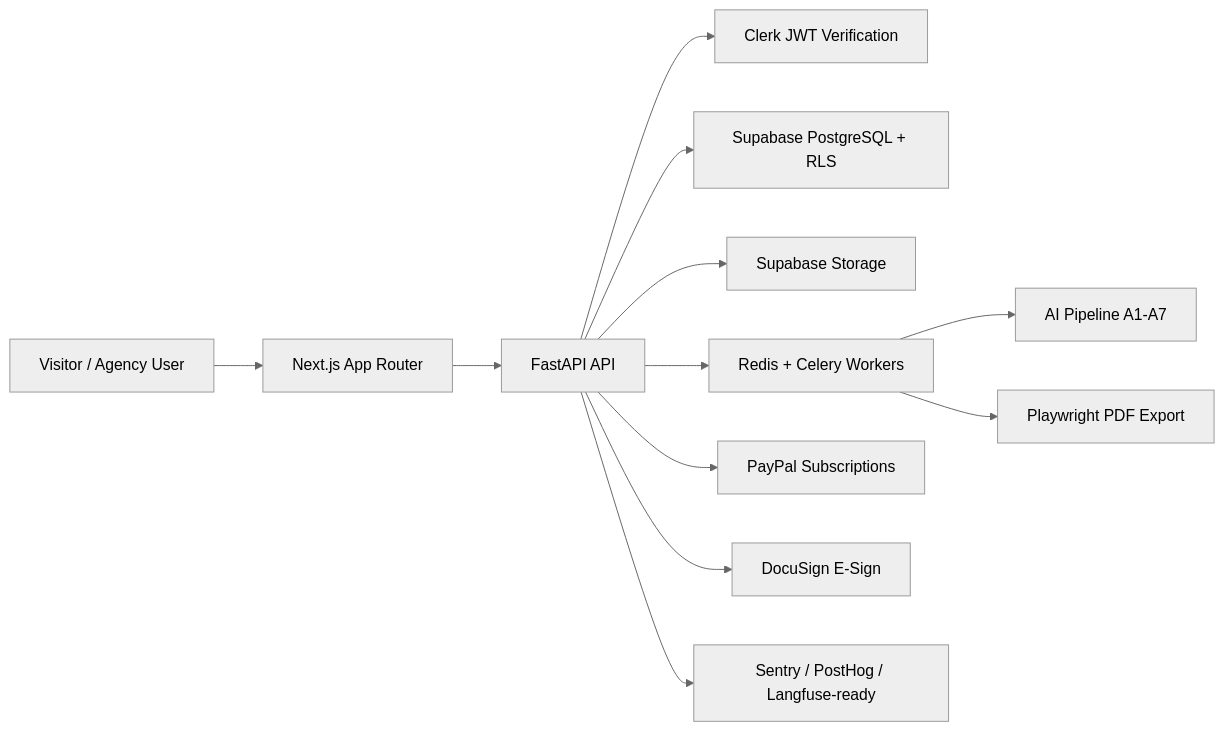
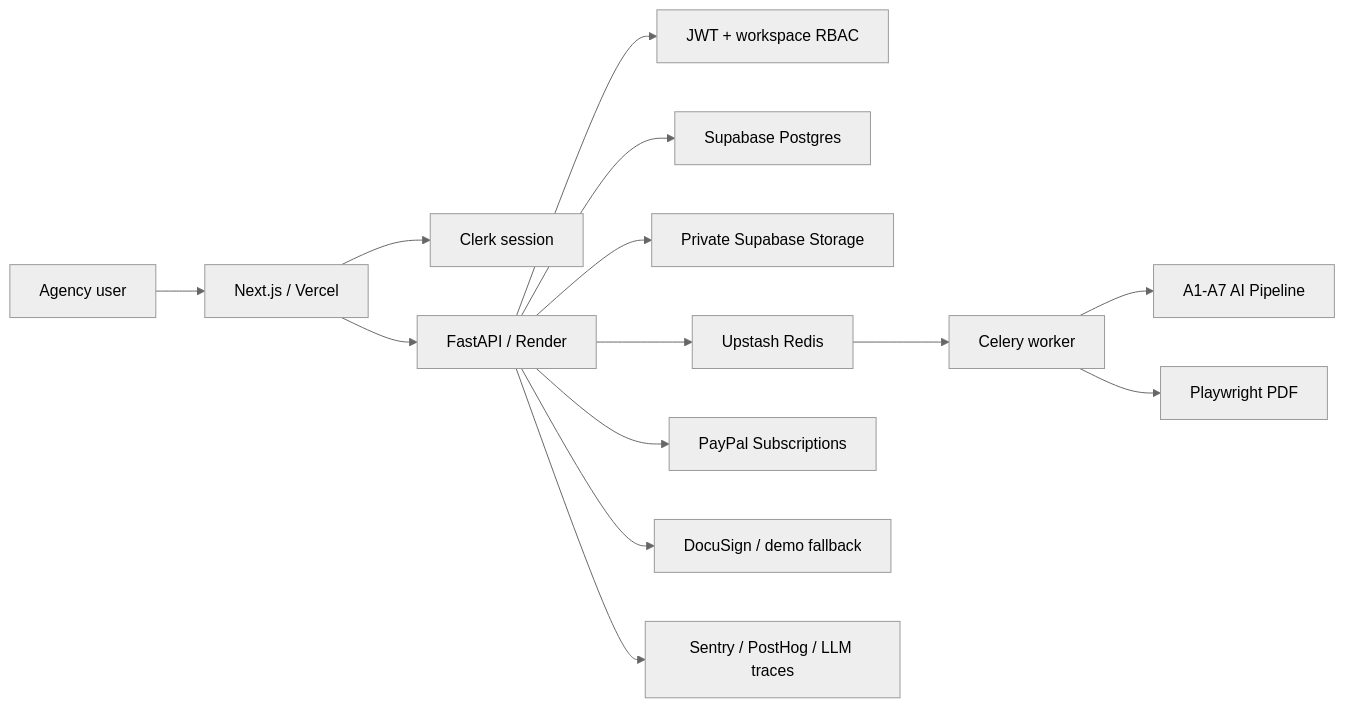
The diagram in README.md (pr6thv3/BriefToScope), drawn with Mermaid (neutral theme) before and after one commit. The commit also changed other lines of this file and 75 other files, not shown here.

````diff
--- a/README.md
+++ b/README.md
@@ -36,14 +23,16 @@
 ```mermaid
 flowchart LR
-    Visitor["Visitor / Agency User"] --> Frontend["Next.js App Router"]
-    Frontend --> API["FastAPI API"]
-    API --> Auth["Clerk JWT Verification"]
-    API --> DB["Supabase PostgreSQL + RLS"]
-    API --> Storage["Supabase Storage"]
-    API --> Queue["Redis + Celery Workers"]
-    Queue --> AI["AI Pipeline A1-A7"]
-    Queue --> PDF["Playwright PDF Export"]
-    API --> PayPal["PayPal Subscriptions"]
-    API --> DocuSign["DocuSign E-Sign"]
-    API --> Observability["Sentry / PostHog / Langfuse-ready"]
+  User["Agency user"] --> Frontend["Next.js / Vercel"]
+  Frontend --> Clerk["Clerk session"]
+  Frontend --> API["FastAPI / Render"]
+  API --> Auth["JWT + workspace RBAC"]
+  API --> DB["Supabase Postgres"]
+  API --> Storage["Private Supabase Storage"]
+  API --> Redis["Upstash Redis"]
+  Redis --> Worker["Celery worker"]
+  Worker --> AI["A1-A7 AI Pipeline"]
+  Worker --> PDF["Playwright PDF"]
+  API --> PayPal["PayPal Subscriptions"]
+  API --> DocuSign["DocuSign / demo fallback"]
+  API --> Obs["Sentry / PostHog / LLM traces"]
 ```
````
